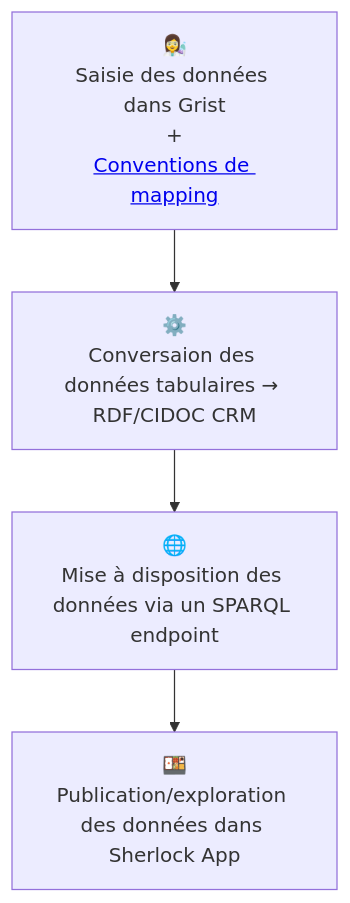
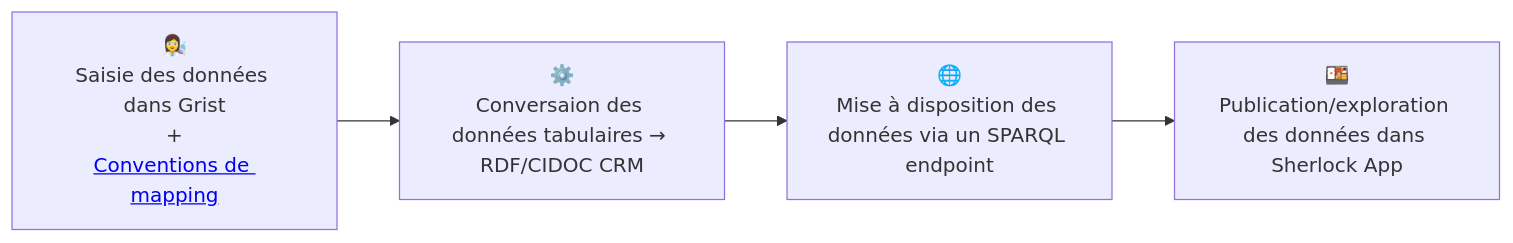
Before and after one commit to sherlock-iremus/sherlock: the diagram in README.md, drawn with Mermaid.

````diff
--- a/README.md
+++ b/README.md
@@ -15,11 +15,11 @@
 ```mermaid
-    flowchart TB
+    flowchart LR
     grist[👩‍🔬<br>Saisie des données dans Grist<br>+<br><a target="_blank" href="https://github.com/sherlock-iremus/sherlock-grist-to-crm/blob/main/doc/mapping.md">Conventions de mapping</a>]
     scripts[⚙️<br>Conversaion des données tabulaires → RDF/CIDOC CRM]
     sparql[🌐<br>Mise à disposition des données via un SPARQL endpoint]
     sherlock[🍱<br>Publication/exploration des données dans Sherlock App]
 
     grist --> scripts
     scripts --> sparql
     sparql --> sherlock
 ```
````
